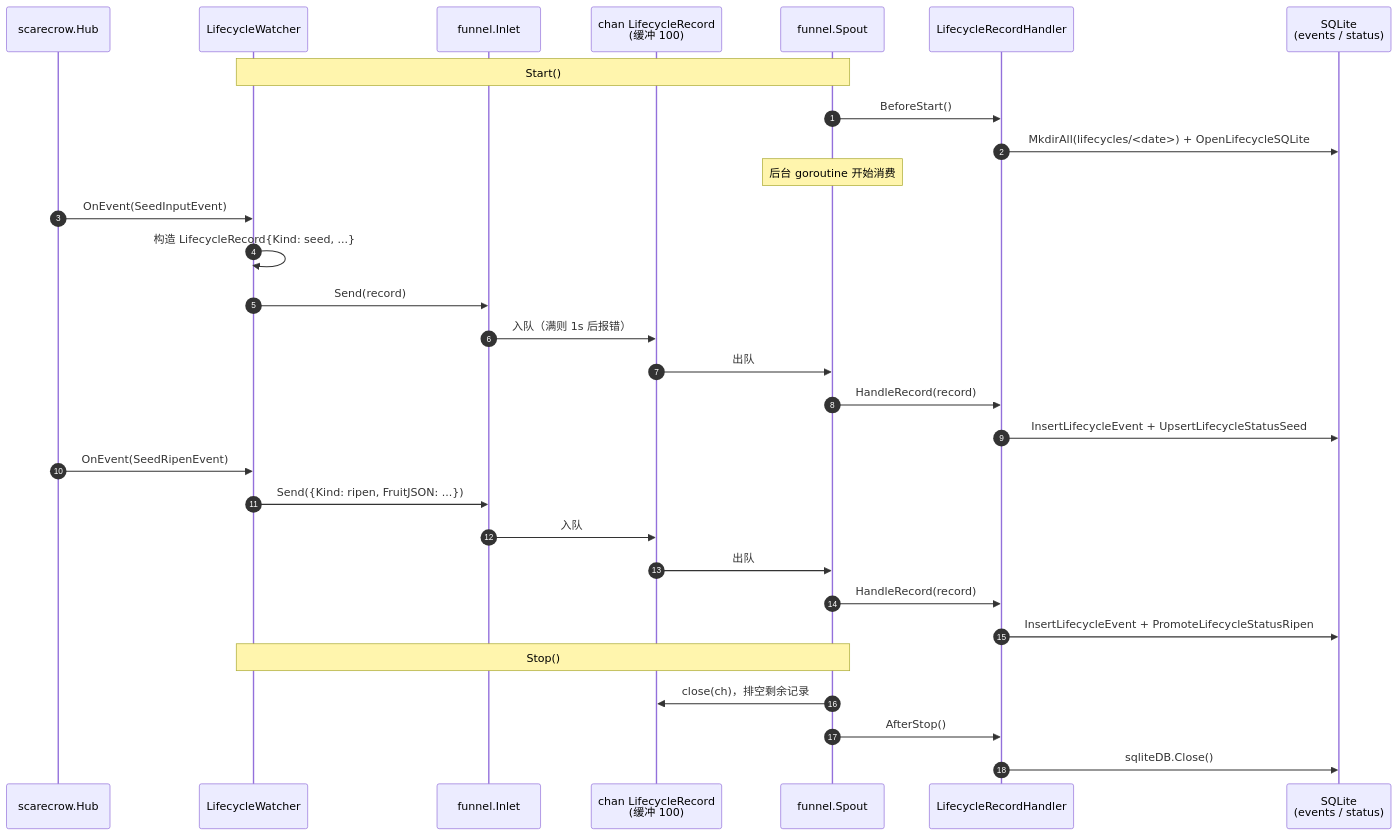
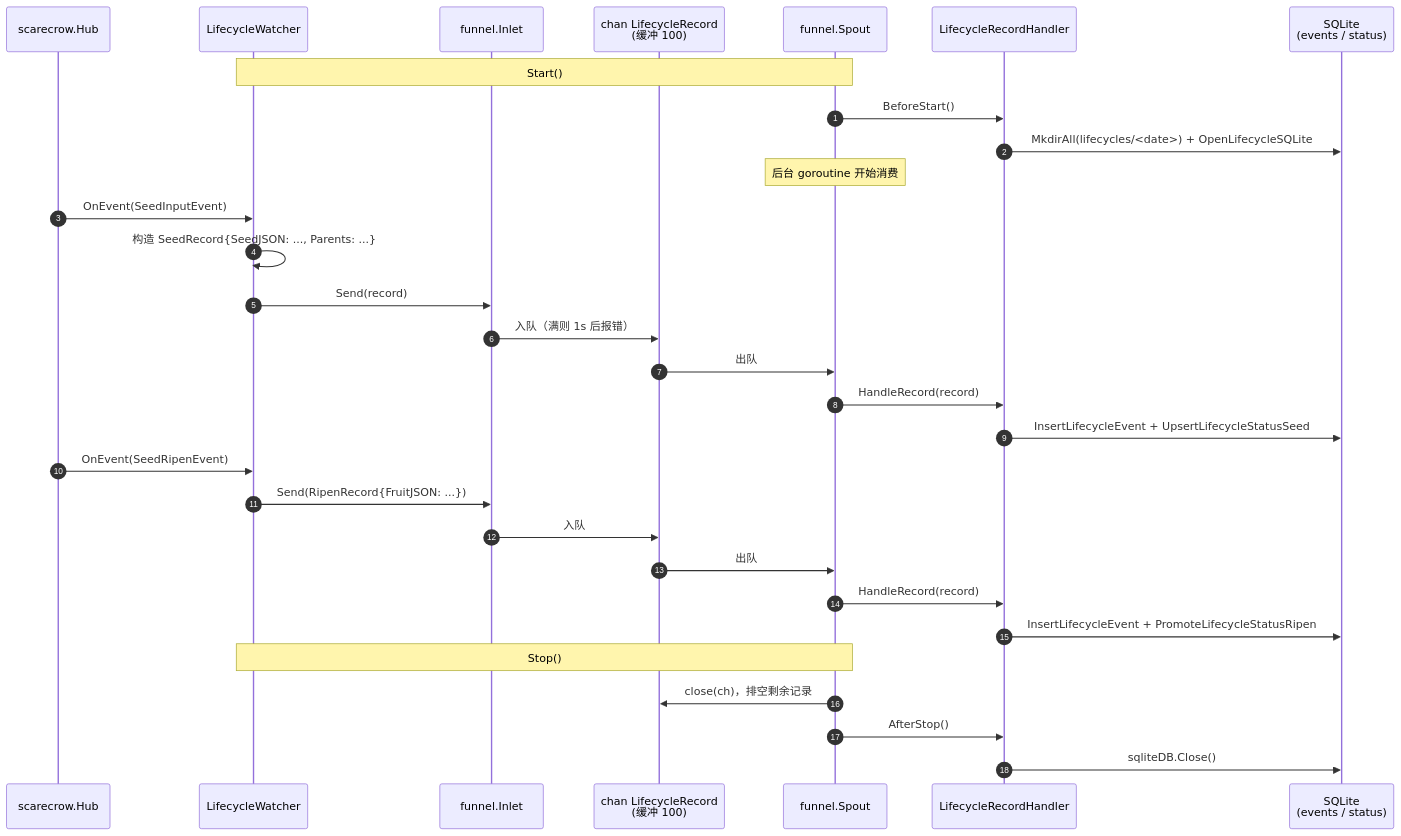
The diagram in docs/zh-CN/pkg/persist/lifecycle.md (Mr-xiaotian/CelestialGrow), drawn with Mermaid before and after one commit. The commit also changed other lines of this file and 49 other files, not shown here.

````diff
--- a/docs/zh-CN/pkg/persist/lifecycle.md
+++ b/docs/zh-CN/pkg/persist/lifecycle.md
@@ -112,36 +115,36 @@
 ```mermaid
 sequenceDiagram
     autonumber
     participant Hub as scarecrow.Hub
     participant W as LifecycleWatcher
     participant In as funnel.Inlet
     participant Q as chan LifecycleRecord<br/>(缓冲 100)
     participant Sp as funnel.Spout
     participant H as LifecycleRecordHandler
     participant DB as SQLite<br/>(events / status)
 
     Note over W,Sp: Start()
     Sp->>H: BeforeStart()
     H->>DB: MkdirAll(lifecycles/<date>) + OpenLifecycleSQLite
     Note over Sp: 后台 goroutine 开始消费
 
     Hub->>W: OnEvent(SeedInputEvent)
-    W->>W: 构造 LifecycleRecord{Kind: seed, ...}
+    W->>W: 构造 SeedRecord{SeedJSON: ..., Parents: ...}
     W->>In: Send(record)
     In->>Q: 入队（满则 1s 后报错）
     Q->>Sp: 出队
     Sp->>H: HandleRecord(record)
     H->>DB: InsertLifecycleEvent + UpsertLifecycleStatusSeed
 
     Hub->>W: OnEvent(SeedRipenEvent)
-    W->>In: Send({Kind: ripen, FruitJSON: ...})
+    W->>In: Send(RipenRecord{FruitJSON: ...})
     In->>Q: 入队
     Q->>Sp: 出队
     Sp->>H: HandleRecord(record)
     H->>DB: InsertLifecycleEvent + PromoteLifecycleStatusRipen
 
     Note over W,Sp: Stop()
     Sp->>Q: close(ch)，排空剩余记录
     Sp->>H: AfterStop()
     H->>DB: sqliteDB.Close()
 ```
````
